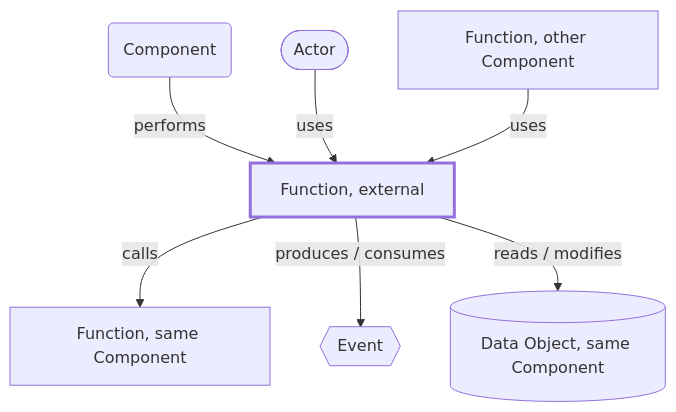
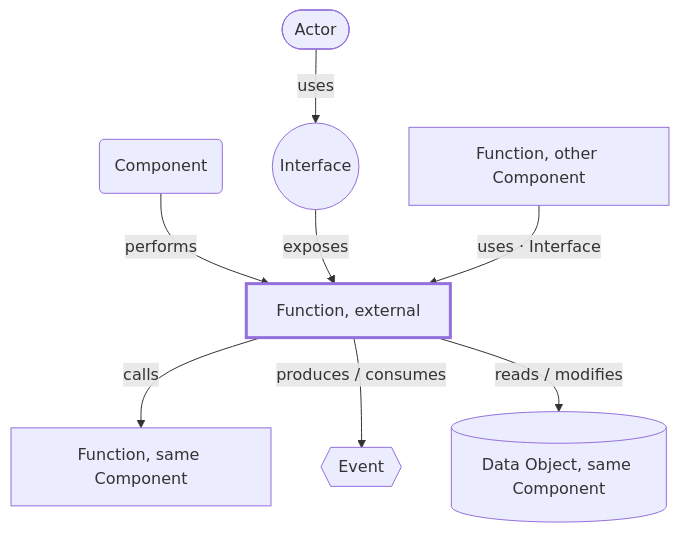
Before and after one commit to mykhailo-kulish/contour: the second of 8 diagrams in contour.md, drawn with Mermaid. The commit also changed other lines of this file and 2 other files, not shown here.

First line of the commit message:
v0.4: bring back Interface as the element that serves one caller

````diff
--- a/contour.md
+++ b/contour.md
@@ -277,10 +279,11 @@
 ```mermaid
 graph TD
     Sys(Component) -->|performs| F[Function, external]:::ext
-    A([Actor]) -->|uses| F
-    F2[Function, other Component] -->|uses| F
+    I((Interface)) -->|exposes| F
+    A([Actor]) -->|uses| I
+    F2[Function, other Component] -->|uses · Interface| F
     F -->|calls| F3[Function, same Component]
     F -->|produces / consumes| E{{Event}}
     F -->|reads / modifies| D[(Data Object, same Component)]
     classDef ext stroke-width:3px
 ```
````
